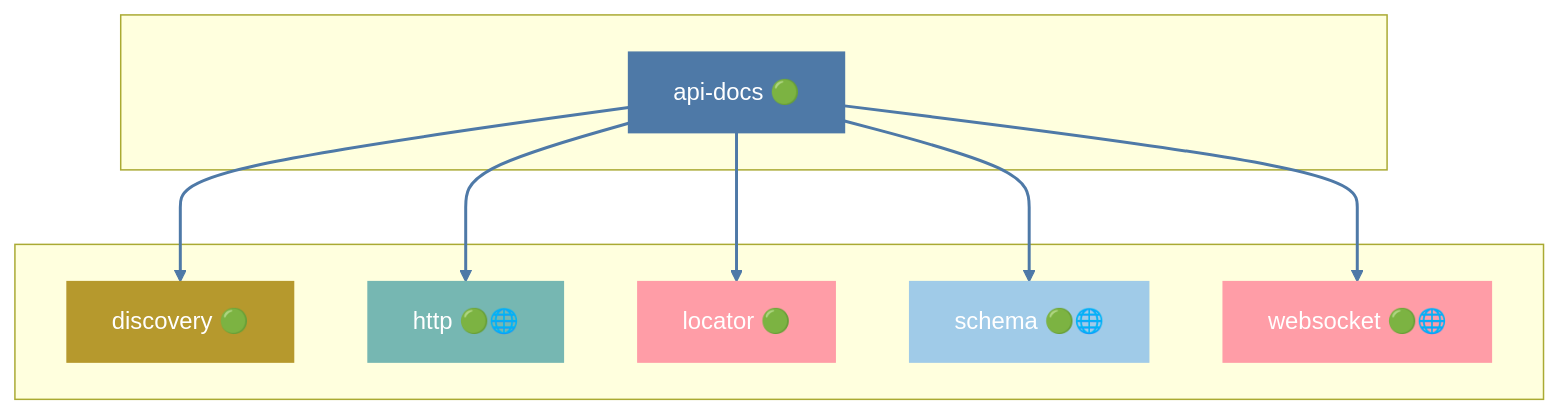
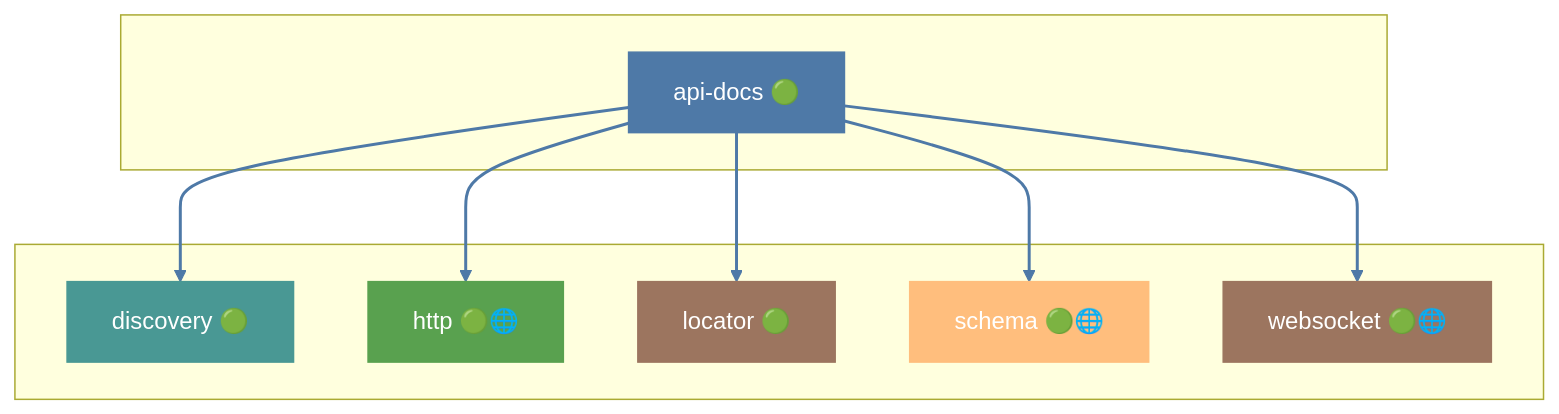
Before and after one commit to grest-ts/grest-ts: the second of 46 diagrams in docs/DEPENDENCIES.md, drawn with Mermaid. The commit also changed other lines of this file and 59 other files, not shown here.

````diff
--- a/docs/DEPENDENCIES.md
+++ b/docs/DEPENDENCIES.md
@@ -423,29 +417,29 @@
 ```mermaid
 flowchart TB
     subgraph Package[" "]
         api-docs["api-docs 🟢"]
     end
     subgraph Dependencies[" "]
         discovery["discovery 🟢"]
         http["http 🟢🌐"]
         locator["locator 🟢"]
         schema["schema 🟢🌐"]
         websocket["websocket 🟢🌐"]
     end
     api-docs --> discovery
     api-docs --> http
     api-docs --> locator
     api-docs --> schema
     api-docs --> websocket
     style api-docs fill:#4E79A7,stroke:#4E79A7,color:#fff
-    style discovery fill:#B6992D,stroke:#B6992D,color:#fff
-    style http fill:#76B7B2,stroke:#76B7B2,color:#fff
-    style locator fill:#FF9DA7,stroke:#FF9DA7,color:#fff
-    style schema fill:#A0CBE8,stroke:#A0CBE8,color:#fff
-    style websocket fill:#FF9DA7,stroke:#FF9DA7,color:#fff
+    style discovery fill:#499894,stroke:#499894,color:#fff
+    style http fill:#59A14F,stroke:#59A14F,color:#fff
+    style locator fill:#9C755F,stroke:#9C755F,color:#fff
+    style schema fill:#FFBE7D,stroke:#FFBE7D,color:#fff
+    style websocket fill:#9C755F,stroke:#9C755F,color:#fff
     linkStyle 0 stroke:#4E79A7,stroke-width:2px
     linkStyle 1 stroke:#4E79A7,stroke-width:2px
     linkStyle 2 stroke:#4E79A7,stroke-width:2px
     linkStyle 3 stroke:#4E79A7,stroke-width:2px
     linkStyle 4 stroke:#4E79A7,stroke-width:2px
 ```
````
